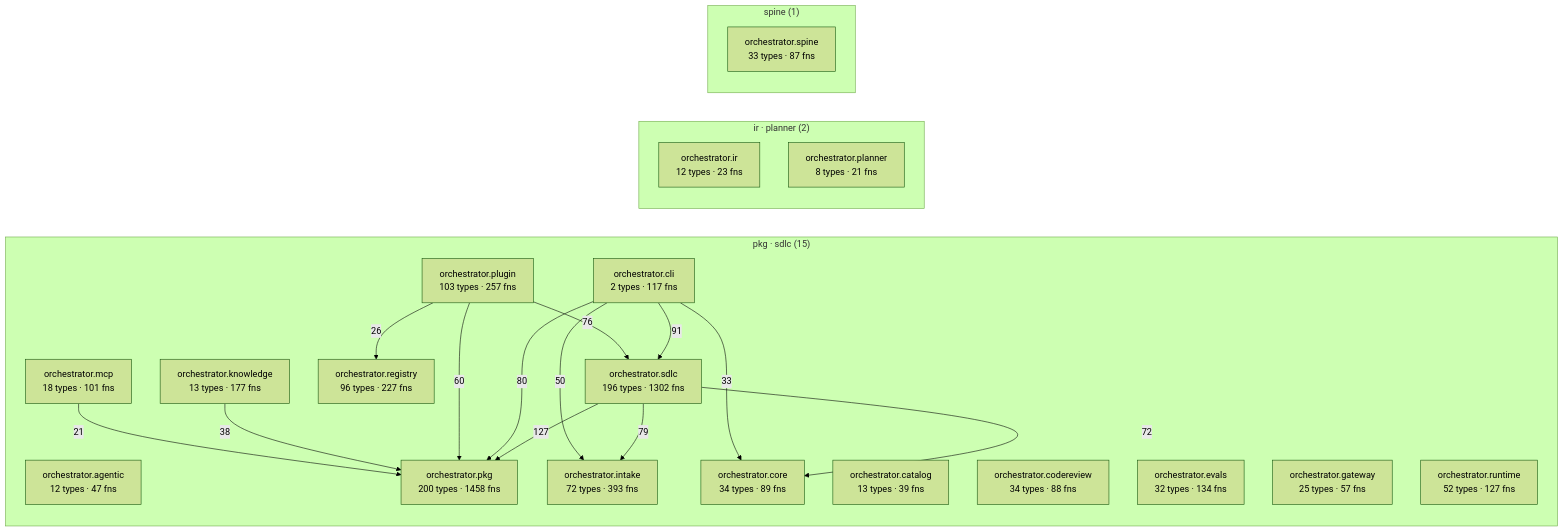
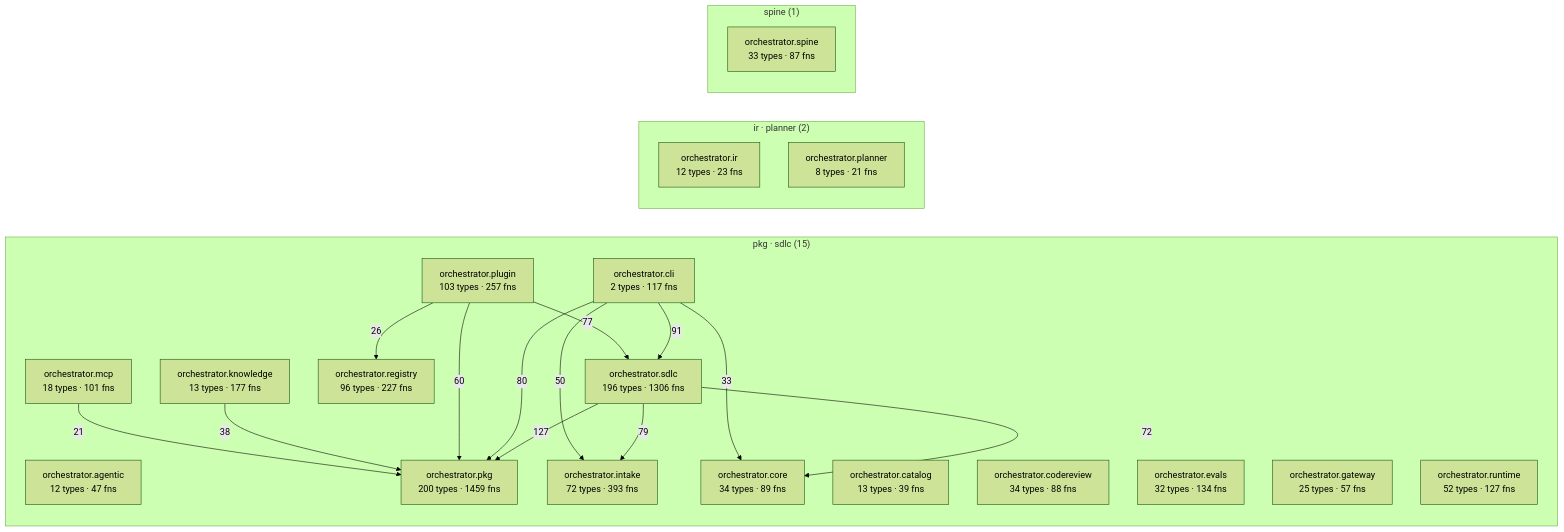
Before and after one commit to synaptixs/spine: the diagram in episteme/architecture.md, drawn with Mermaid (forest theme). The commit also changed other lines of this file and 20 other files, not shown here.

````diff
--- a/episteme/architecture.md
+++ b/episteme/architecture.md
@@ -56,39 +56,39 @@
 ```mermaid
 flowchart LR
   subgraph c_2["pkg · sdlc (15)"]
     aorchestratoragentic["orchestrator.agentic<br/>12 types · 47 fns"]
     aorchestratorcatalog["orchestrator.catalog<br/>13 types · 39 fns"]
     aorchestratorcli["orchestrator.cli<br/>2 types · 117 fns"]
     aorchestratorcodereview["orchestrator.codereview<br/>34 types · 88 fns"]
     aorchestratorcore["orchestrator.core<br/>34 types · 89 fns"]
     aorchestratorevals["orchestrator.evals<br/>32 types · 134 fns"]
     aorchestratorgateway["orchestrator.gateway<br/>25 types · 57 fns"]
     aorchestratorintake["orchestrator.intake<br/>72 types · 393 fns"]
     aorchestratorknowledge["orchestrator.knowledge<br/>13 types · 177 fns"]
     aorchestratormcp["orchestrator.mcp<br/>18 types · 101 fns"]
-    aorchestratorpkg["orchestrator.pkg<br/>200 types · 1458 fns"]
+    aorchestratorpkg["orchestrator.pkg<br/>200 types · 1459 fns"]
     aorchestratorplugin["orchestrator.plugin<br/>103 types · 257 fns"]
     aorchestratorregistry["orchestrator.registry<br/>96 types · 227 fns"]
     aorchestratorruntime["orchestrator.runtime<br/>52 types · 127 fns"]
-    aorchestratorsdlc["orchestrator.sdlc<br/>196 types · 1302 fns"]
+    aorchestratorsdlc["orchestrator.sdlc<br/>196 types · 1306 fns"]
   end
   subgraph c_6["ir · planner (2)"]
     aorchestratorir["orchestrator.ir<br/>12 types · 23 fns"]
     aorchestratorplanner["orchestrator.planner<br/>8 types · 21 fns"]
   end
   subgraph c_12["spine (1)"]
     aorchestratorspine["orchestrator.spine<br/>33 types · 87 fns"]
   end
   aorchestratorsdlc -->|127| aorchestratorpkg
   aorchestratorcli -->|91| aorchestratorsdlc
   aorchestratorcli -->|80| aorchestratorpkg
   aorchestratorsdlc -->|79| aorchestratorintake
-  aorchestratorplugin -->|76| aorchestratorsdlc
+  aorchestratorplugin -->|77| aorchestratorsdlc
   aorchestratorsdlc -->|72| aorchestratorcore
   aorchestratorplugin -->|60| aorchestratorpkg
   aorchestratorcli -->|50| aorchestratorintake
   aorchestratorknowledge -->|38| aorchestratorpkg
   aorchestratorcli -->|33| aorchestratorcore
   aorchestratorplugin -->|26| aorchestratorregistry
   aorchestratormcp -->|21| aorchestratorpkg
 ```
````
